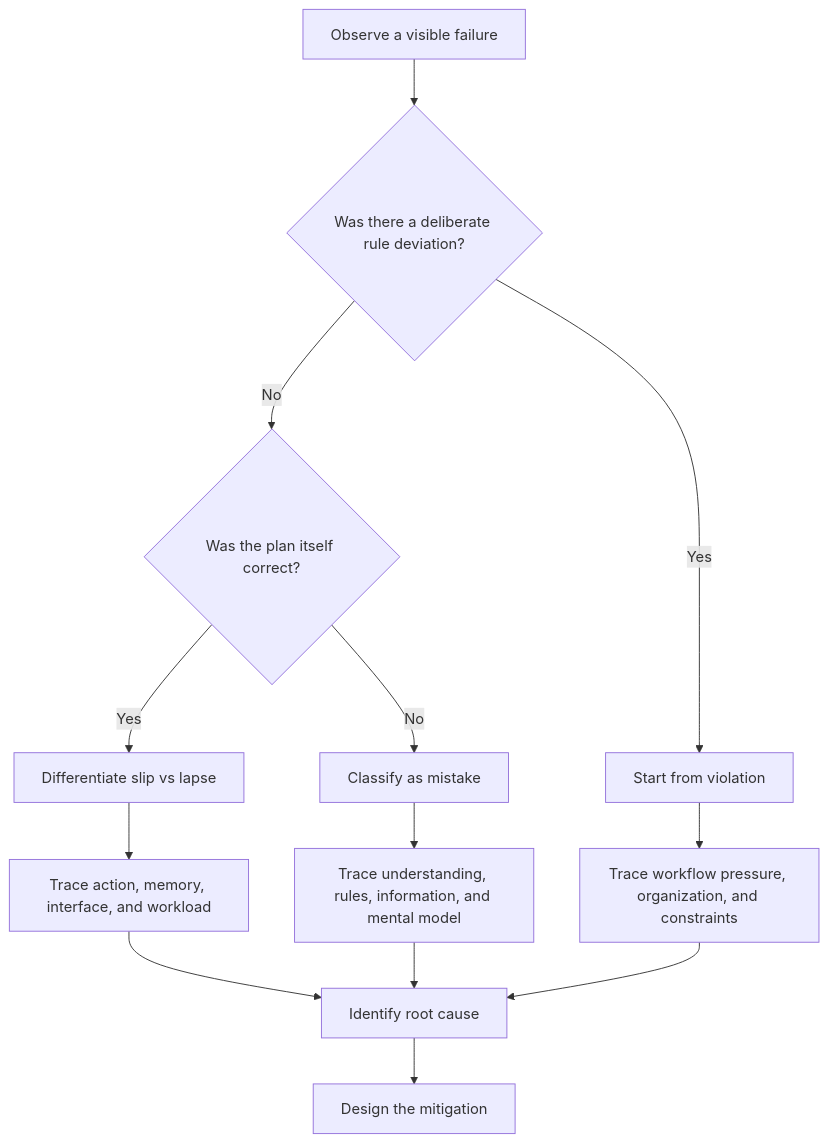
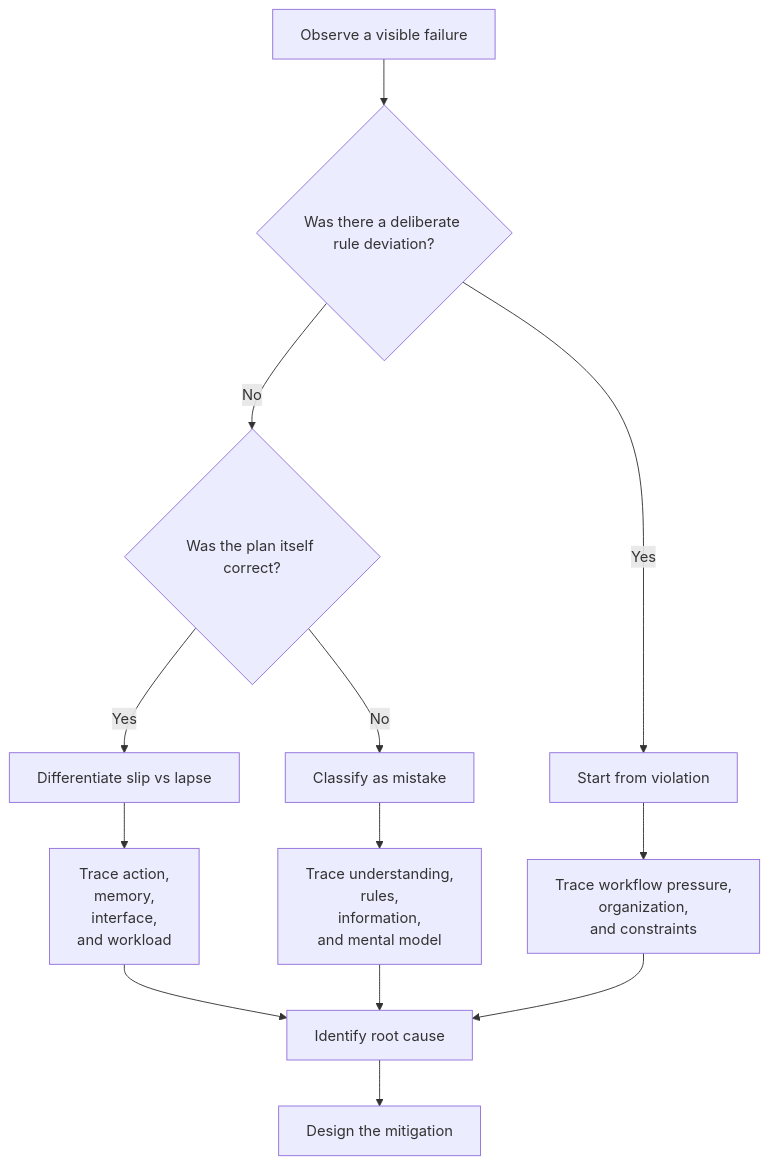
Before and after one commit to jeffliulab/hfe-notes: the diagram in docs/HFE_Foundations/human_error_frameworks.en.md, drawn with Mermaid. The commit also changed other lines of this file and 58 other files, not shown here.

````diff
--- a/docs/HFE_Foundations/human_error_frameworks.en.md
+++ b/docs/HFE_Foundations/human_error_frameworks.en.md
@@ -143,15 +202,23 @@
 ```mermaid
 flowchart TD
-    A[Observe a visible failure] --> B{Was there a deliberate rule deviation?}
-    B -- Yes --> C[Start from violation]
-    B -- No --> D{Was the plan itself correct?}
-    D -- Yes --> E[Differentiate slip vs lapse]
-    D -- No --> F[Classify as mistake]
-    E --> G[Trace action, memory, interface, and workload]
-    F --> H[Trace understanding, rules, information, and mental model]
-    C --> I[Trace workflow pressure, organization, and constraints]
-    G --> J[Identify root cause]
-    H --> J
-    I --> J
-    J --> K[Design the mitigation]
+A[Observe a visible failure] --> B{Was there a deliberate rule deviation?}
+B -- Yes --> C[Start from violation]
+B -- No --> D{Was the plan itself correct?}
+D -- Yes --> E[Differentiate slip vs lapse]
+D -- No --> F[Classify as mistake]
+E --> G[Trace action,
+memory,
+interface,
+and workload]
+F --> H[Trace understanding,
+rules,
+information,
+and mental model]
+C --> I[Trace workflow pressure,
+organization,
+and constraints]
+G --> J[Identify root cause]
+H --> J
+I --> J
+J --> K[Design the mitigation]
 ```
````
